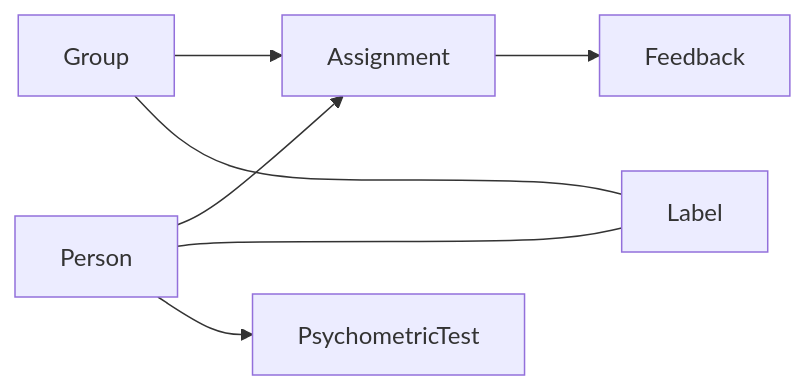
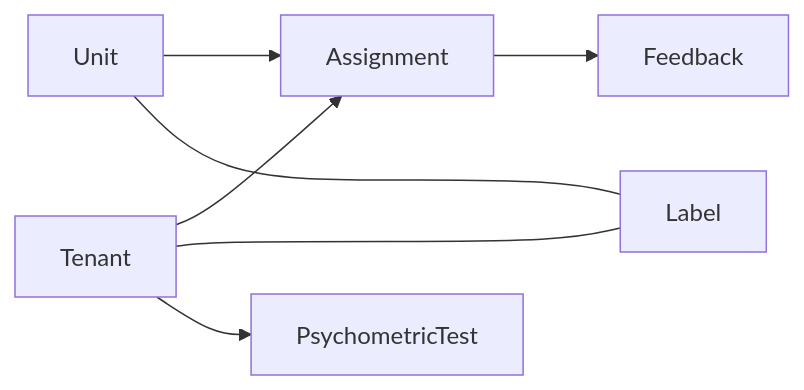
The first of 3 diagrams in coly-api.md (coly-technologies/coly-technologies.github.io), drawn with Mermaid before and after one commit. The commit also changed other lines of this file and 1 other file, not shown here.

First line of the commit message:
Api update, person -> tenant, group -> unit (#13)

````diff
--- a/coly-api.md
+++ b/coly-api.md
@@ -77,6 +76,6 @@
 ```mermaid
 graph LR;
-  Group & Person --> Assignment --> Feedback
-  Group & Person <--- Label
-  Person --> PsychometricTest
+  Unit & Tenant --> Assignment --> Feedback
+  Unit & Tenant <--- Label
+  Tenant --> PsychometricTest
 ```
````
